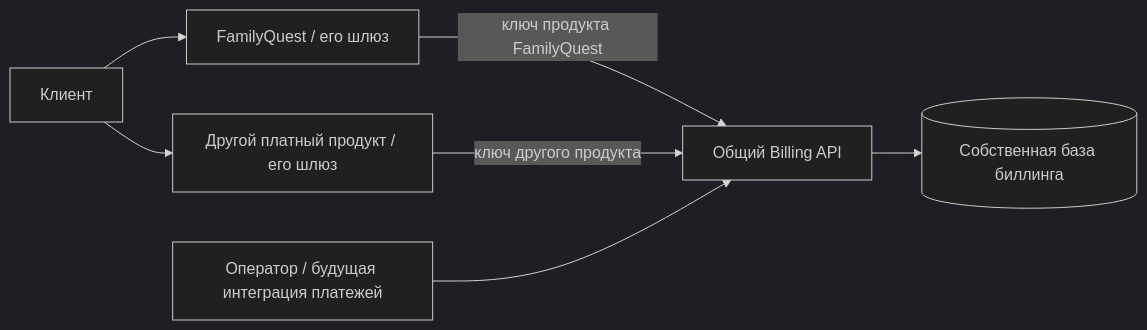
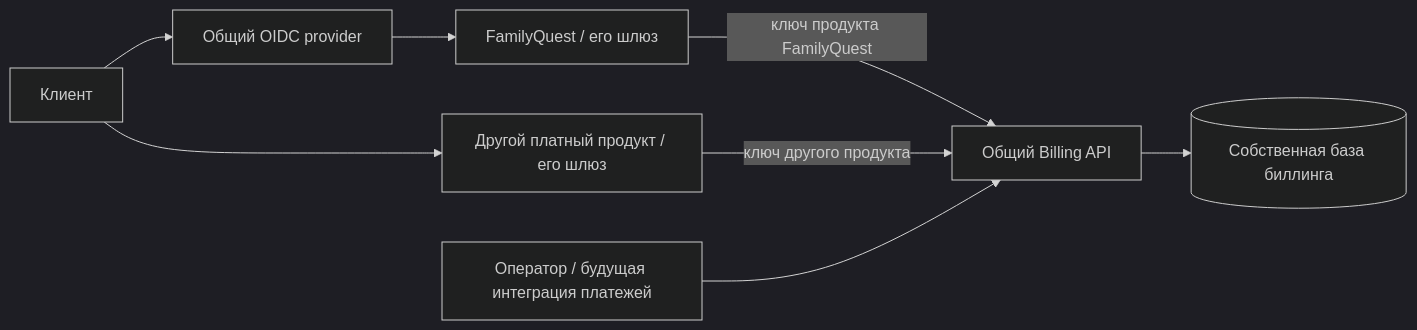
Before and after one commit to LobovVit/familyQuest: the diagram in docs/multiproduct-billing.md, drawn with Mermaid (dark theme). The commit also changed other lines of this file and 21 other files, not shown here.

Commit message:
feat: add OIDC single sign-on adapter with explicit identity binding

````diff
--- a/docs/multiproduct-billing.md
+++ b/docs/multiproduct-billing.md
@@ -13,9 +13,10 @@
 ```mermaid
 flowchart LR
-    Client[Клиент] --> AppA[FamilyQuest / его шлюз]
+    Client[Клиент] --> Identity[Общий OIDC provider]
+    Identity --> AppA[FamilyQuest / его шлюз]
     Client --> AppB[Другой платный продукт / его шлюз]
     AppA -->|ключ продукта FamilyQuest| Billing[Общий Billing API]
     AppB -->|ключ другого продукта| Billing
     Billing --> DB[(Собственная база биллинга)]
     Operator[Оператор / будущая интеграция платежей] --> Billing
 ```
````
